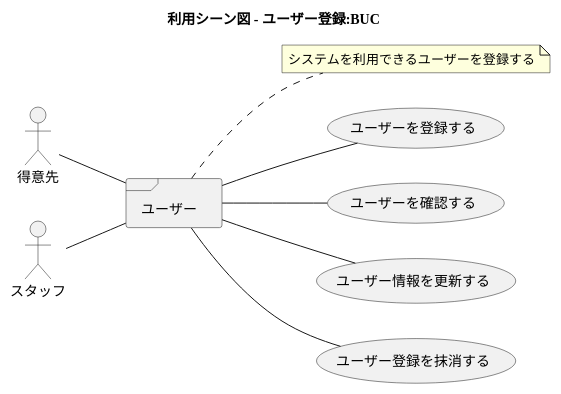
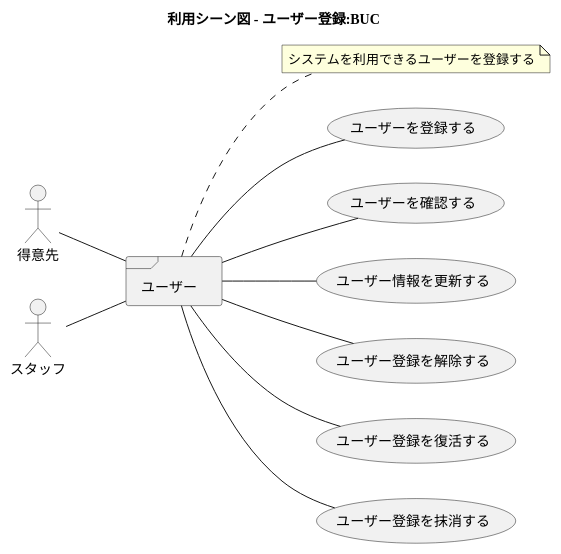
Diagram 17 of 49 in docs/index.adoc (k2works/application_programing_excercise_2022), drawn with PlantUML before and after one commit. The commit also changed other lines of this file, not shown here.

```diff
--- a/docs/index.adoc
+++ b/docs/index.adoc
@@ -596,30 +596,34 @@
 [plantuml]
 ----
 @startuml
 
 title 利用シーン図 - ユーザー登録:BUC
 
 left to right direction
 
 actor 得意先 as ac_01
 actor スタッフ as ac_02
 
 frame ユーザー as fr_01
 note right of fr_01
   システムを利用できるユーザーを登録する
 end note
 
 usecase ユーザーを登録する as uc_01
 usecase ユーザーを確認する as uc_02
 usecase ユーザー情報を更新する as uc_03
-usecase ユーザー登録を抹消する as uc_04
+usecase ユーザー登録を解除する as uc_04
+usecase ユーザー登録を復活する as uc_05
+usecase ユーザー登録を抹消する as uc_06
 
 :ac_01: -- fr_01
 :ac_02: -- fr_01
 fr_01 -- (uc_01)
 fr_01 -- (uc_02)
 fr_01 -- (uc_03)
 fr_01 -- (uc_04)
+fr_01 -- (uc_05)
+fr_01 -- (uc_06)
 
 @enduml
 ----
```
